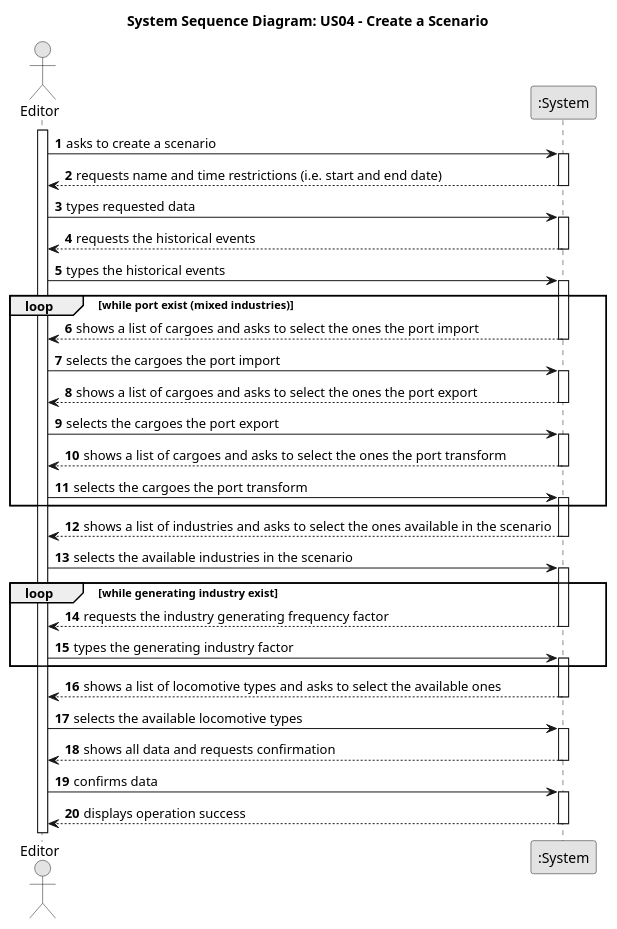
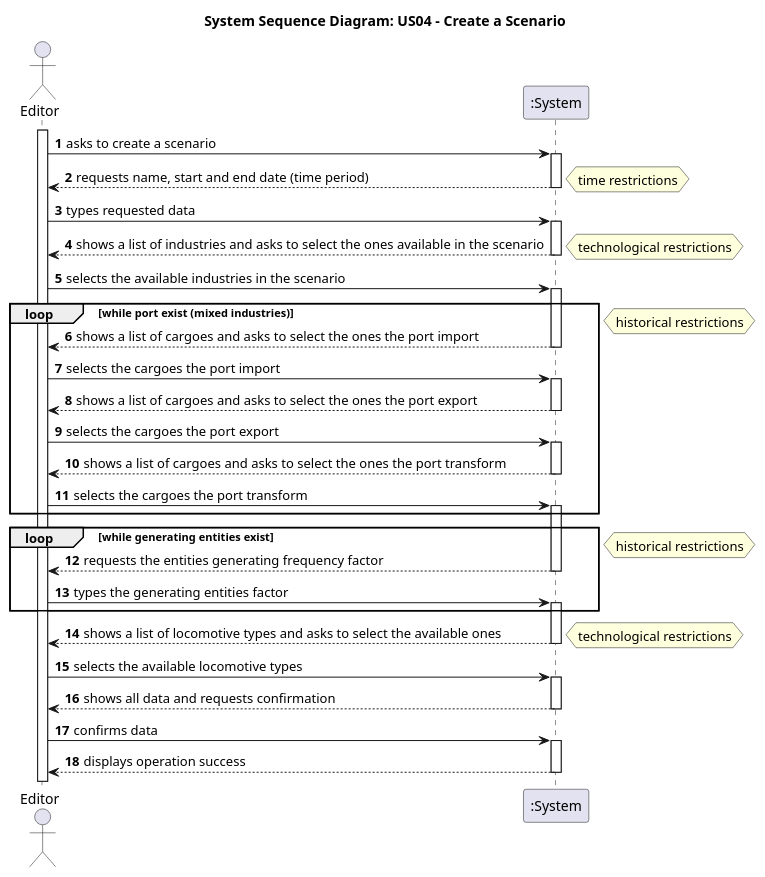
One commit to HenriqueSilva18/Railway-Network-Simulator changed the diagram in docs/system-documentation/Sprint 1/US04/01.requirements-engineering/puml/US04-SSD.puml. Above: the diagram before and after it, drawn with PlantUML. The commit also changed 8 other files, not shown here.

```diff
--- a/docs/system-documentation/Sprint 1/US04/01.requirements-engineering/puml/US04-SSD.puml
+++ b/docs/system-documentation/Sprint 1/US04/01.requirements-engineering/puml/US04-SSD.puml
@@ -1,79 +1,93 @@
 @startuml
-skinparam monochrome true
 skinparam packageStyle rectangle
 skinparam shadowing false
 
 autonumber
 
 title System Sequence Diagram: US04 - Create a Scenario
 
 actor "Editor" as Editor
 participant ":System" as System
 
 activate Editor
 
     Editor -> System : asks to create a scenario
     activate System
 
-        System --> Editor : requests name and time restrictions (i.e. start and end date)
+        System --> Editor : requests name, start and end date (time period)
     deactivate System
+
+        hnote right
+            time restrictions
+        end note
 
     Editor -> System : types requested data
     activate System
 
-        System --> Editor : requests the historical events
+        System --> Editor : shows a list of industries and asks to select the ones available in the scenario
     deactivate System
 
-    Editor -> System : types the historical events
+            hnote right
+                technological restrictions
+            end note
+
+    Editor -> System : selects the available industries in the scenario
     activate System
+
 
     loop while port exist (mixed industries)
             System --> Editor : shows a list of cargoes and asks to select the ones the port import
         deactivate System
 
         Editor -> System : selects the cargoes the port import
         activate System
 
             System --> Editor : shows a list of cargoes and asks to select the ones the port export
         deactivate System
 
             Editor -> System : selects the cargoes the port export
             activate System
 
             System --> Editor : shows a list of cargoes and asks to select the ones the port transform
         deactivate System
 
             Editor -> System : selects the cargoes the port transform
             activate System
     end
 
-        System --> Editor : shows a list of industries and asks to select the ones available in the scenario
-    deactivate System
+    hnote right
+        historical restrictions
+    end note
 
-    Editor -> System : selects the available industries in the scenario
-    activate System
-
-    loop while generating industry exist
-            System --> Editor : requests the industry generating frequency factor
+    loop while generating entities exist
+            System --> Editor : requests the entities generating frequency factor
         deactivate System
 
-        Editor -> System : types the generating industry factor
+        Editor -> System : types the generating entities factor
         activate System
     end
 
+    hnote right
+        historical restrictions
+    end note
+
             System --> Editor : shows a list of locomotive types and asks to select the available ones
         deactivate System
+
+            hnote right
+                technological restrictions
+            end note
 
         Editor -> System : selects the available locomotive types
         activate System
 
         System --> Editor : shows all data and requests confirmation
     deactivate System
 
     Editor -> System : confirms data
     activate System
 
         System --> Editor : displays operation success
     deactivate System
 
 @enduml
```
